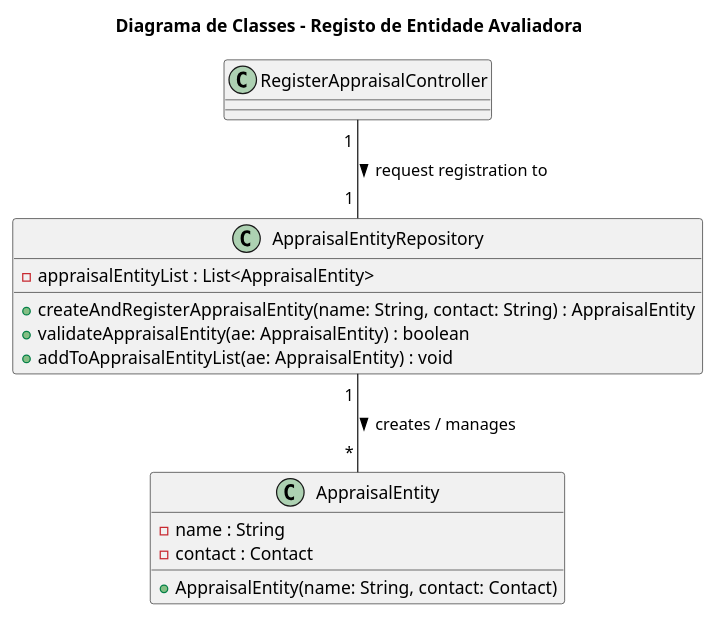
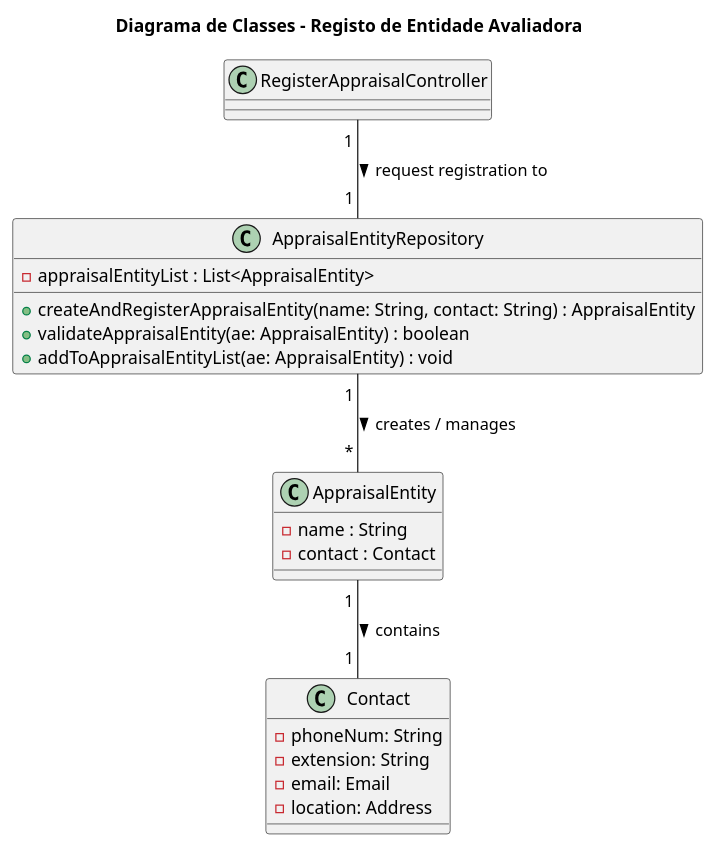
The diagram in Diagrams/ClassDiagrams/US004-to-register-an-appraisal-entity.puml (AndrePereiraGitH/SWitCH-Project-Team_A), drawn with PlantUML before and after one commit. The commit also changed 4 other files, not shown here.

Commit message:
Working on #23 #26, updating User Case Diagram

```diff
--- a/Diagrams/ClassDiagrams/US004-to-register-an-appraisal-entity.puml
+++ b/Diagrams/ClassDiagrams/US004-to-register-an-appraisal-entity.puml
@@ -1,39 +1,47 @@
 @startuml
 title Diagrama de Classes - Registo de Entidade Avaliadora
 /'
 class Administrator {
   +provideAppraisalEntityData() : void
 }
 
 class UI {
   +requestAppraisalEntityData() : void
   +sendAppraisalEntityData(name: String, contact: String) : void
   +showSuccess() : void
 }
 
 class RegisterAppraisalController {
   +registerAppraisalEntity(name: String, contact: String) : boolean
 }
 '/
 class AppraisalEntityRepository {
   -appraisalEntityList : List<AppraisalEntity>
   +createAndRegisterAppraisalEntity(name: String, contact: String) : AppraisalEntity
+' Those methods are part of createAndRegisterAppraisalEntity
   +validateAppraisalEntity(ae: AppraisalEntity) : boolean
   +addToAppraisalEntityList(ae: AppraisalEntity) : void
 }
 
 class AppraisalEntity {
   -name : String
   -contact : Contact
-  +AppraisalEntity(name: String, contact: Contact)
+}
+
+class Contact {
+  -phoneNum: String
+  -extension: String
+  -email: Email
+  -location: Address
 }
 
 ' Interactions
 
 ' Administrator "1" --> "1" UI : interacts
 ' UI "1" --> "1" RegisterAppraisalController : calls
 
 RegisterAppraisalController "1 " -- "1 " AppraisalEntityRepository : request registration to >
 AppraisalEntityRepository "1 " -- " * " AppraisalEntity : creates / manages >
+AppraisalEntity "1 " -- "1 " Contact : contains >
 
 @enduml
```
